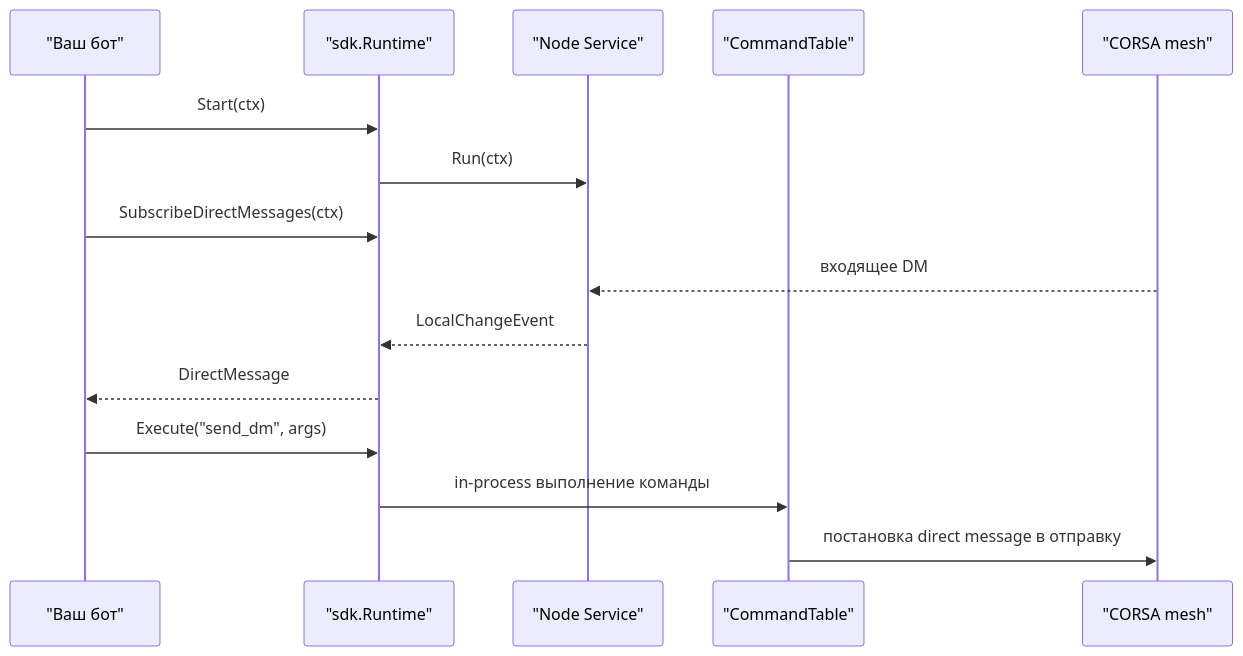
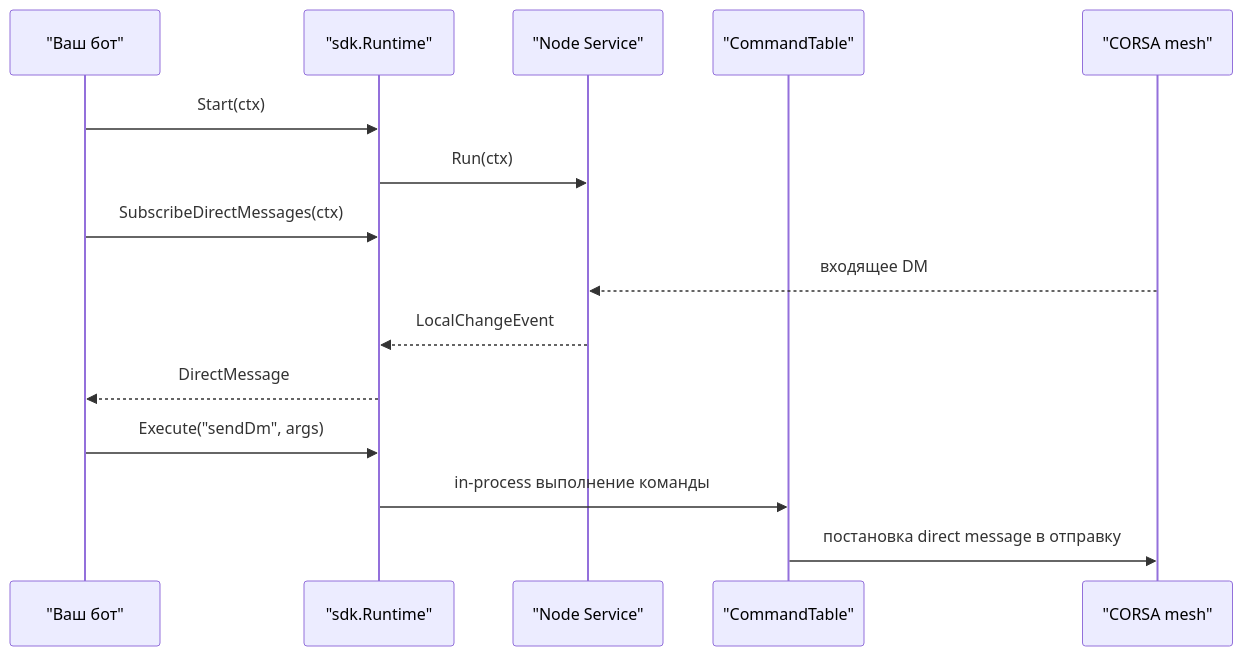
The fourth of 4 diagrams in docs/sdk.md (piratecash/corsa), drawn with Mermaid before and after one commit. The commit also changed other lines of this file and 20 other files, not shown here.

````diff
--- a/docs/sdk.md
+++ b/docs/sdk.md
@@ -295,18 +295,18 @@
 ```mermaid
 sequenceDiagram
     participant Bot as "Ваш бот"
     participant SDK as "sdk.Runtime"
     participant Node as "Node Service"
     participant Cmd as "CommandTable"
     participant Mesh as "CORSA mesh"
 
     Bot->>SDK: Start(ctx)
     SDK->>Node: Run(ctx)
     Bot->>SDK: SubscribeDirectMessages(ctx)
     Mesh-->>Node: входящее DM
     Node-->>SDK: LocalChangeEvent
     SDK-->>Bot: DirectMessage
-    Bot->>SDK: Execute("send_dm", args)
+    Bot->>SDK: Execute("sendDm", args)
     SDK->>Cmd: in-process выполнение команды
     Cmd->>Mesh: постановка direct message в отправку
 ```
````
